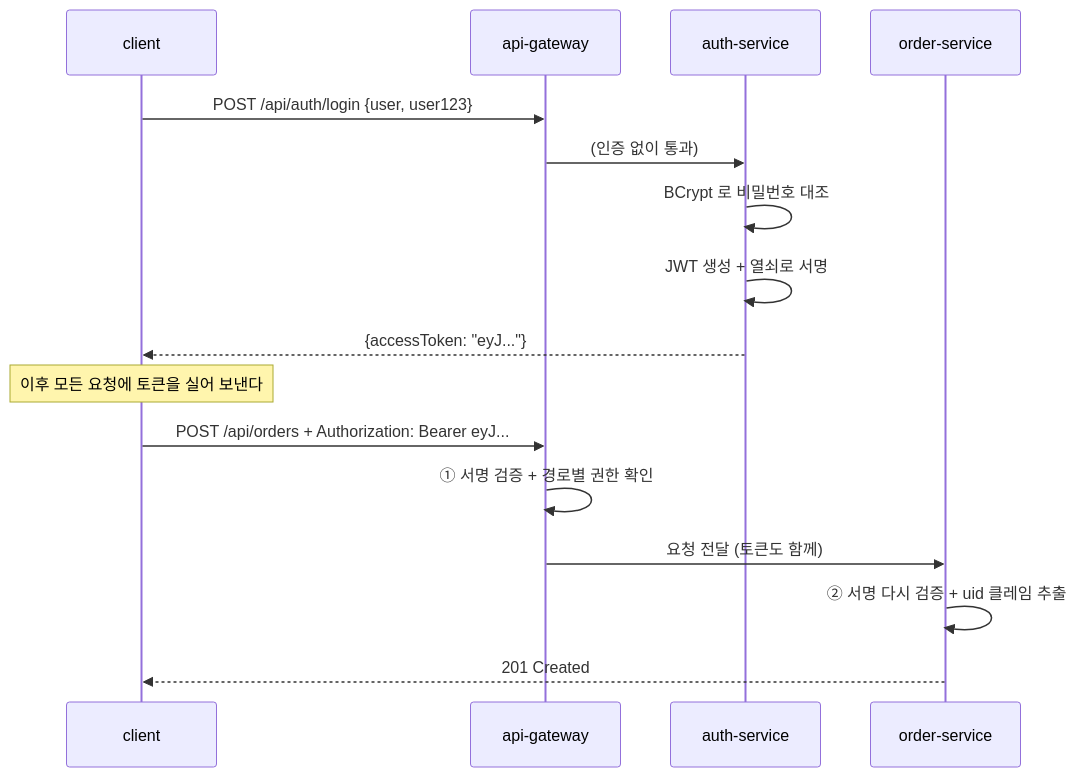
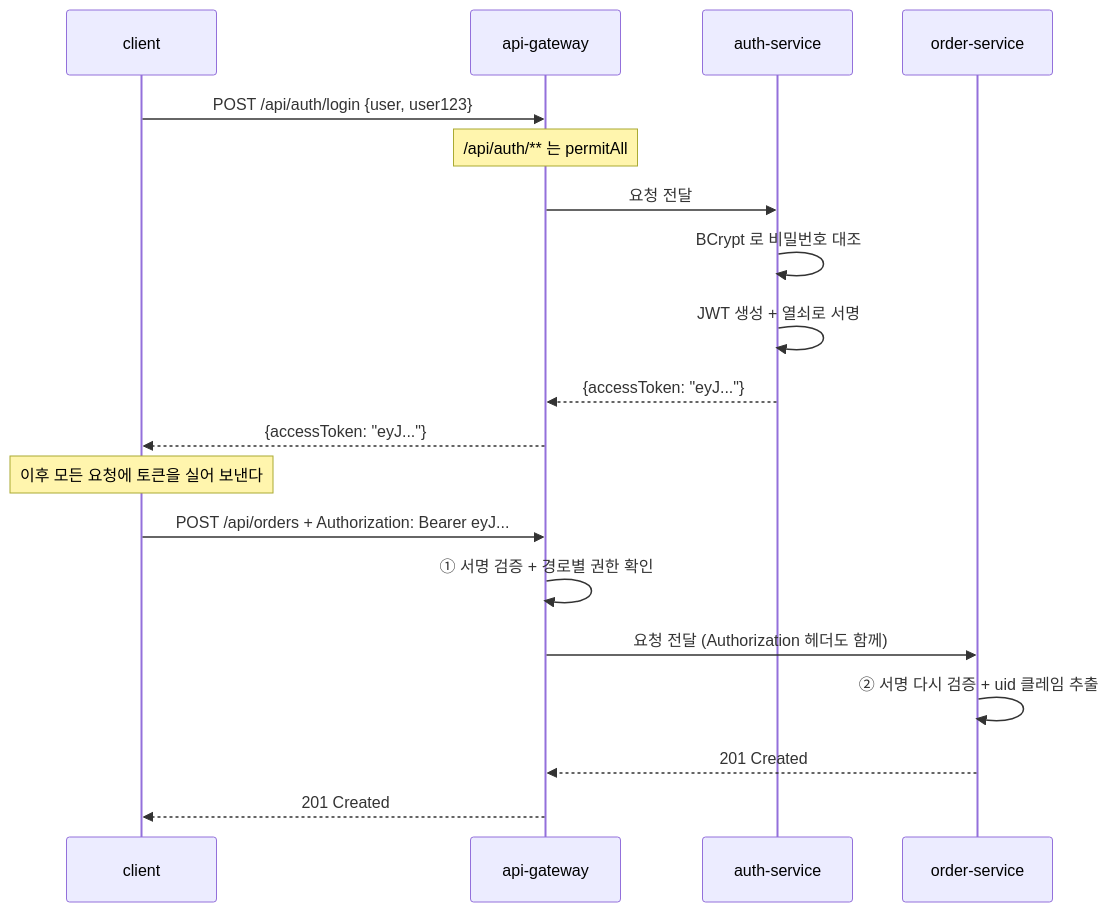
Before and after one commit to Jin-dev92/springboot-simple-msa: diagram 13 of 16 in docs/msa-learning-note.md, drawn with Mermaid. The commit also changed other lines of this file, not shown here.

First line of the commit message:
docs: 학습 노트 인증 절 다이어그램 정확성 수정

````diff
--- a/docs/msa-learning-note.md
+++ b/docs/msa-learning-note.md
@@ -610,21 +610,24 @@
 ```mermaid
 sequenceDiagram
     participant C as client
     participant G as api-gateway
     participant A as auth-service
     participant O as order-service
 
     C->>G: POST /api/auth/login {user, user123}
-    G->>A: (인증 없이 통과)
+    Note over G: /api/auth/** 는 permitAll
+    G->>A: 요청 전달
     A->>A: BCrypt 로 비밀번호 대조
     A->>A: JWT 생성 + 열쇠로 서명
-    A-->>C: {accessToken: "eyJ..."}
+    A-->>G: {accessToken: "eyJ..."}
+    G-->>C: {accessToken: "eyJ..."}
 
     Note over C: 이후 모든 요청에 토큰을 실어 보낸다
 
     C->>G: POST /api/orders + Authorization: Bearer eyJ...
     G->>G: ① 서명 검증 + 경로별 권한 확인
-    G->>O: 요청 전달 (토큰도 함께)
+    G->>O: 요청 전달 (Authorization 헤더도 함께)
     O->>O: ② 서명 다시 검증 + uid 클레임 추출
-    O-->>C: 201 Created
+    O-->>G: 201 Created
+    G-->>C: 201 Created
 ```
````
